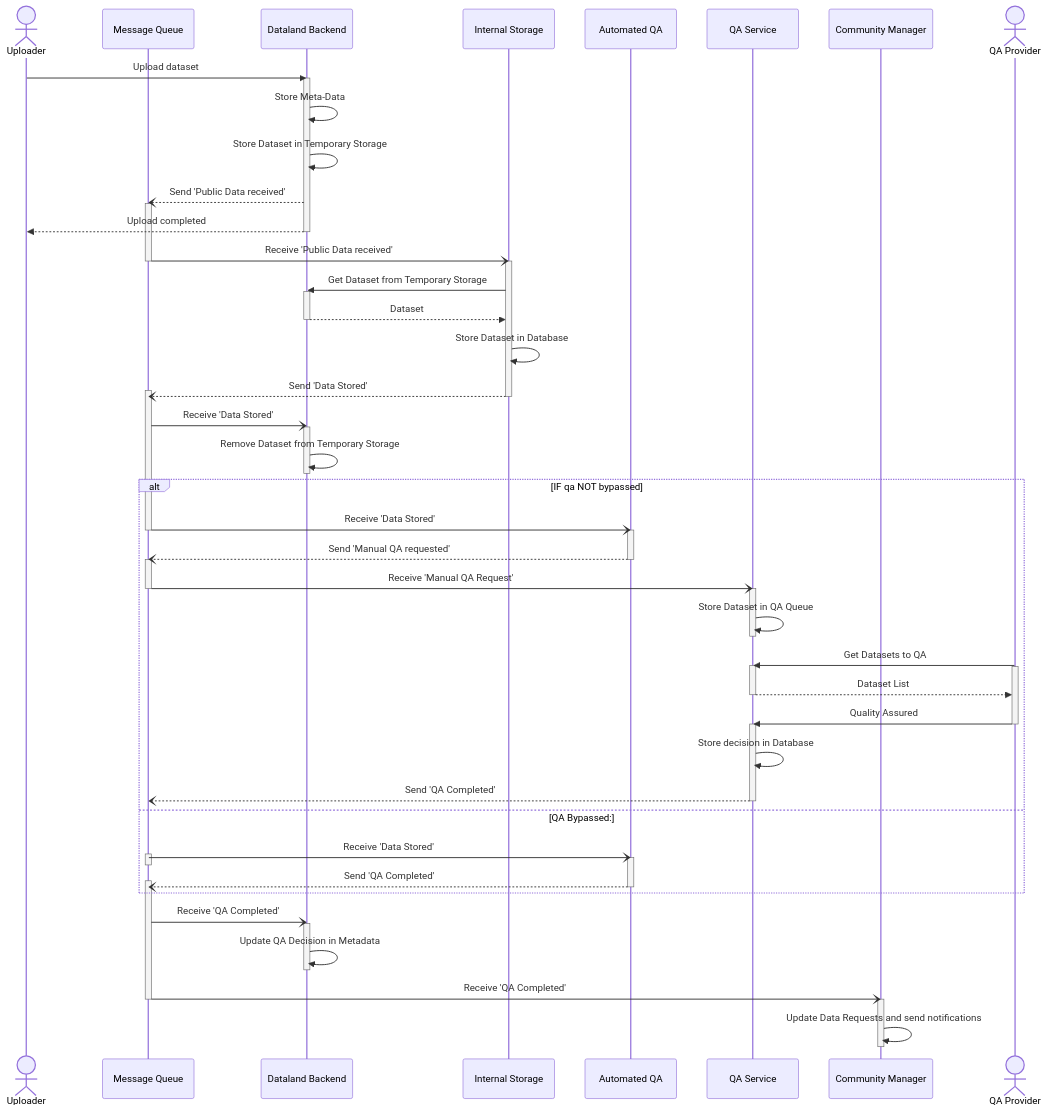
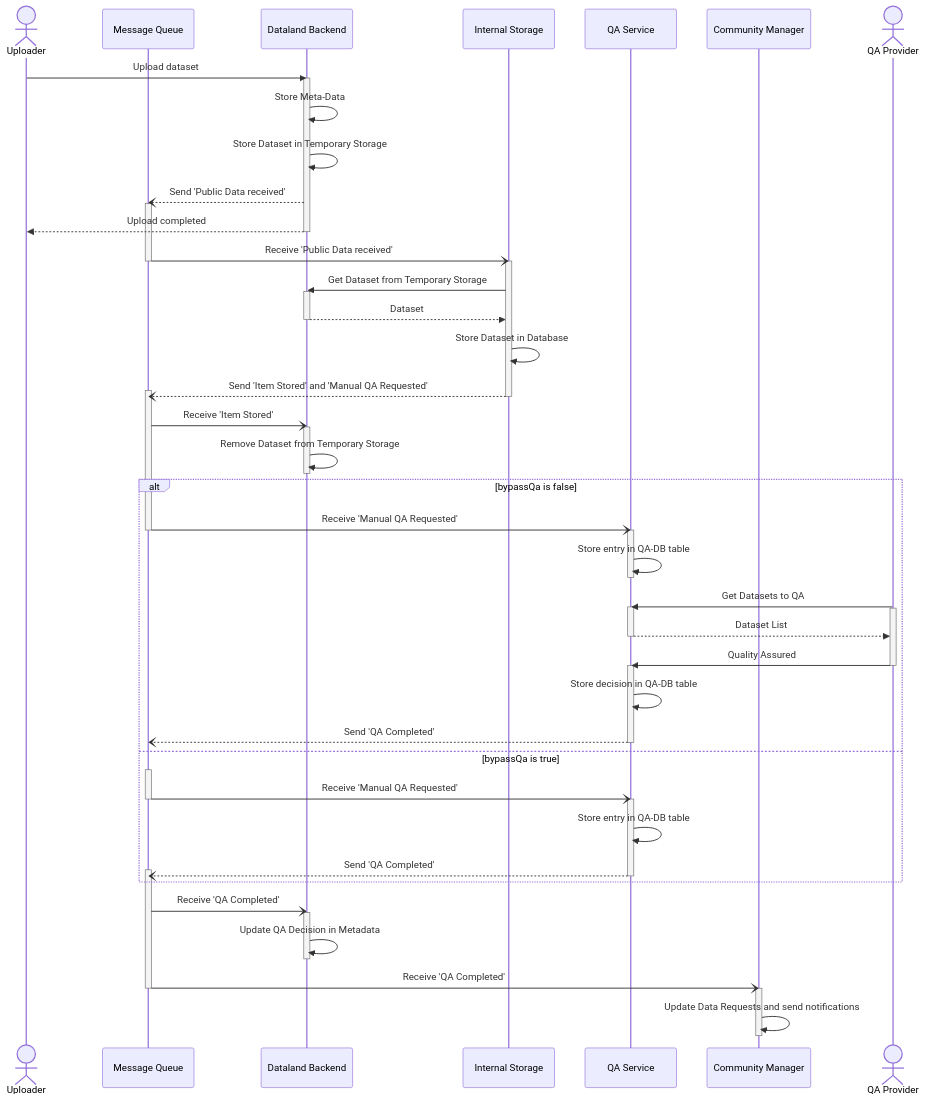
Before and after one commit to d-fine/Dataland: the diagram in documentation/processes/data_upload_and_qa_process.md, drawn with Mermaid. The commit also changed other lines of this file and 49 other files, not shown here.

````diff
--- a/documentation/processes/data_upload_and_qa_process.md
+++ b/documentation/processes/data_upload_and_qa_process.md
@@ -14,7 +14,6 @@
     participant mq as Message Queue
     participant backend as Dataland Backend
     participant storage as Internal Storage
-    participant autoQa as Automated QA
     participant qaService as QA Service
     participant community as Community Manager
     actor qaler as QA Provider
@@ -34,26 +33,19 @@
     backend -->> storage: Dataset
     deactivate backend
     storage ->> storage: Store Dataset in Database
-    storage --) mq: Send 'Data Stored'
+    storage --) mq: Send 'Item Stored' and 'Manual QA Requested'
     activate mq
     deactivate storage
 
-    mq -) backend: Receive 'Data Stored'
+    mq -) backend: Receive 'Item Stored'
     activate backend
     backend ->> backend: Remove Dataset from Temporary Storage
     deactivate backend
-    alt IF qa NOT bypassed
-        mq -) autoQa: Receive 'Data Stored'
-        deactivate mq
-        activate autoQa
-        autoQa --) mq: Send 'Manual QA requested'
-        deactivate autoQa
-        activate mq
-
-        mq -) qaService: Receive 'Manual QA Request'
+    alt bypassQa is false
+        mq -) qaService: Receive 'Manual QA Requested'
         deactivate mq
         activate qaService
-        qaService ->> qaService: Store Dataset in QA Queue
+        qaService ->> qaService: Store entry in QA-DB table
         deactivate qaService
 
         qaler ->> qaService: Get Datasets to QA
@@ -64,20 +56,20 @@
         qaler ->> qaService: Quality Assured
         deactivate qaler
         activate qaService
-        qaService ->> qaService: Store decision in Database
-        
+        qaService ->> qaService: Store decision in QA-DB table
+
         qaService --) mq: Send 'QA Completed'
         deactivate qaService
-        
-    else QA Bypassed:
 
-        mq -) autoQa: Receive 'Data Stored'
+    else bypassQa is true
         activate mq
+        mq -) qaService: Receive 'Manual QA Requested'
         deactivate mq
-        activate autoQa
-        autoQa --) mq: Send 'QA Completed'
+        activate qaService
+        qaService ->> qaService: Store entry in QA-DB table
+        qaService --) mq: Send 'QA Completed'
         activate mq
-        deactivate autoQa
+        deactivate qaService
     end
 
     mq -) backend: Receive 'QA Completed'
@@ -90,5 +82,4 @@
     activate community
     community ->> community: Update Data Requests and send notifications
     deactivate community
-    
 ```
````
